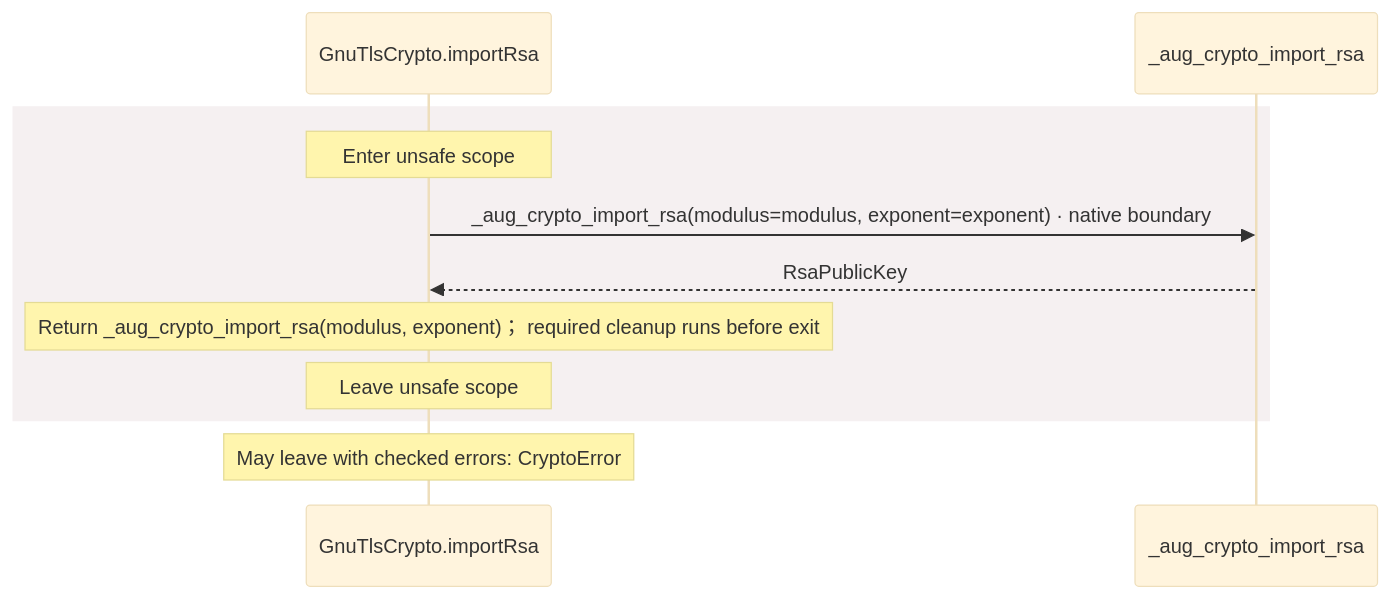
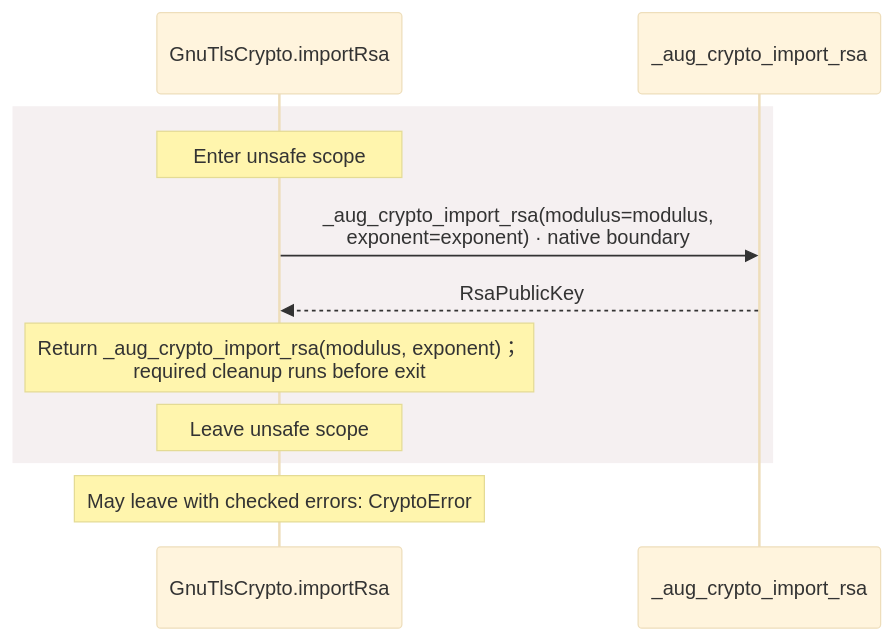
Before and after one commit to GreenPandaStudios/augscript: diagram 13 of 14 in docs/examples/oidc-login/dependencies/packages/@git/url_9ef654c66d34ab8f5527/0.0.0-git.b14a0f9aa41f1ce58bd51133bcdc424033e40d40/contracts-diagrams.md, drawn with Mermaid (base theme). The commit also changed other lines of this file and 200 other files, not shown here.

Commit message:
Group imported operations and wrap readable sequence messages

````diff
--- a/docs/examples/oidc-login/dependencies/packages/@git/url_9ef654c66d34ab8f5527/0.0.0-git.b14a0f9aa41f1ce58bd51133bcdc424033e40d40/contracts-diagrams.md
+++ b/docs/examples/oidc-login/dependencies/packages/@git/url_9ef654c66d34ab8f5527/0.0.0-git.b14a0f9aa41f1ce58bd51133bcdc424033e40d40/contracts-diagrams.md
@@ -470,13 +470,13 @@
 ```mermaid
 sequenceDiagram
     participant p0 as GnuTlsCrypto.importRsa
     participant p1 as _aug_crypto_import_rsa
     rect rgb(245, 240, 241)
     Note over p0: Enter unsafe scope
-    p0->>p1: _aug_crypto_import_rsa(modulus=modulus, exponent=exponent) · native boundary
+    p0->>p1: _aug_crypto_import_rsa(modulus=modulus,<br/>exponent=exponent) · native boundary
     p1-->>p0: RsaPublicKey
-    Note over p0: Return _aug_crypto_import_rsa(modulus, exponent)； required cleanup runs before exit
+    Note over p0: Return _aug_crypto_import_rsa(modulus, exponent)；<br/>required cleanup runs before exit
     Note over p0: Leave unsafe scope
     end
     Note over p0: May leave with checked errors: CryptoError
 ```
````
